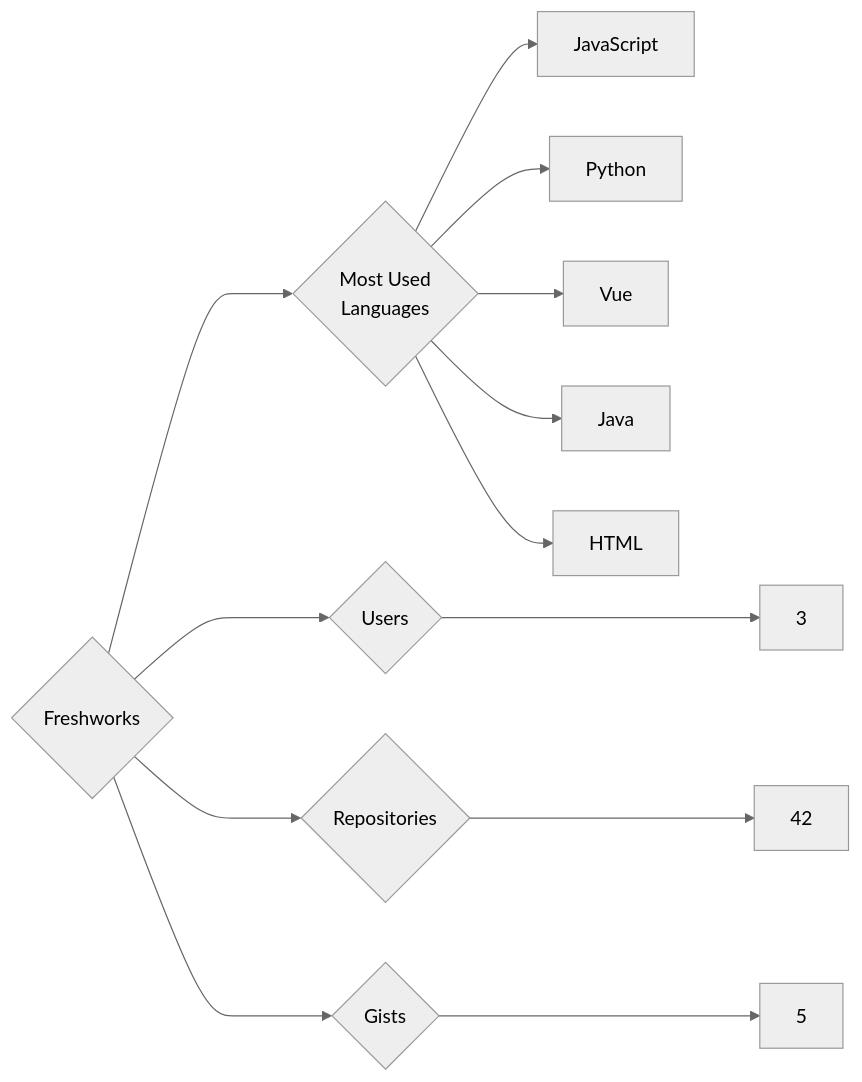
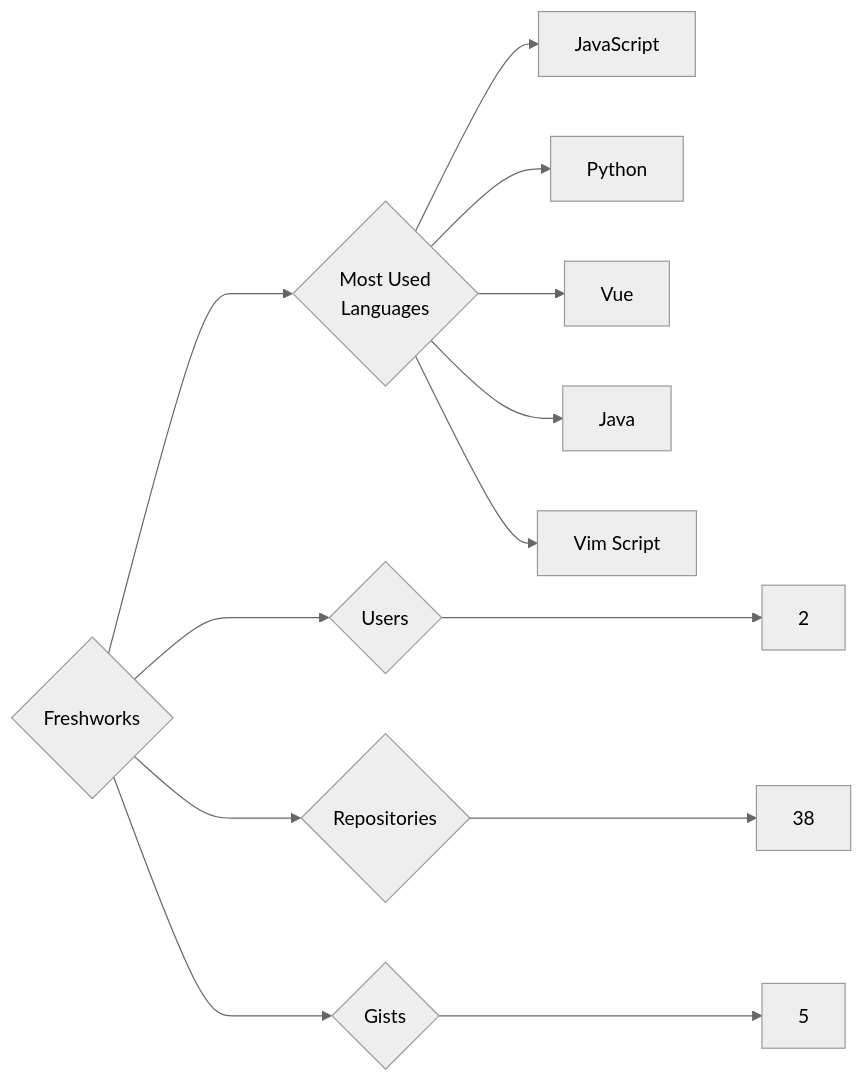
Before and after one commit to trickest/insiders: the diagram in targets/Freshworks/README.md, drawn with Mermaid (neutral theme). The commit also changed 1055 other files, not shown here.

````diff
--- a/targets/Freshworks/README.md
+++ b/targets/Freshworks/README.md
@@ -3,13 +3,13 @@
 ```mermaid
 graph LR
 COMPANY_NAME{Freshworks}
-COMPANY_NAME ---> U{Users} ---> UN[3]
-COMPANY_NAME ---> R{Repositories} ---> RN[42]
+COMPANY_NAME ---> U{Users} ---> UN[2]
+COMPANY_NAME ---> R{Repositories} ---> RN[38]
 COMPANY_NAME ---> G{Gists} ---> GN[5]
 COMPANY_NAME ---> ML{Most Used<br>Languages}
 ML --> JavaScript[JavaScript]
 ML --> Python[Python]
 ML --> Vue[Vue]
 ML --> Java[Java]
-ML --> HTML[HTML]
+ML --> Vim_Script[Vim Script]
 ```
````
